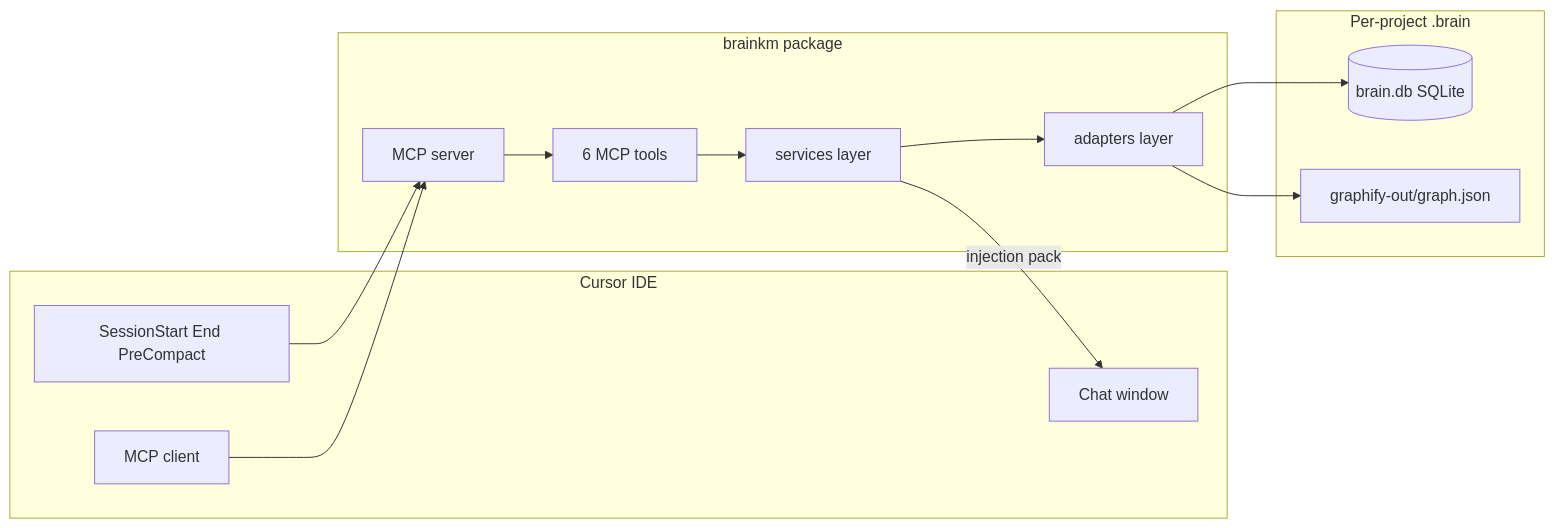
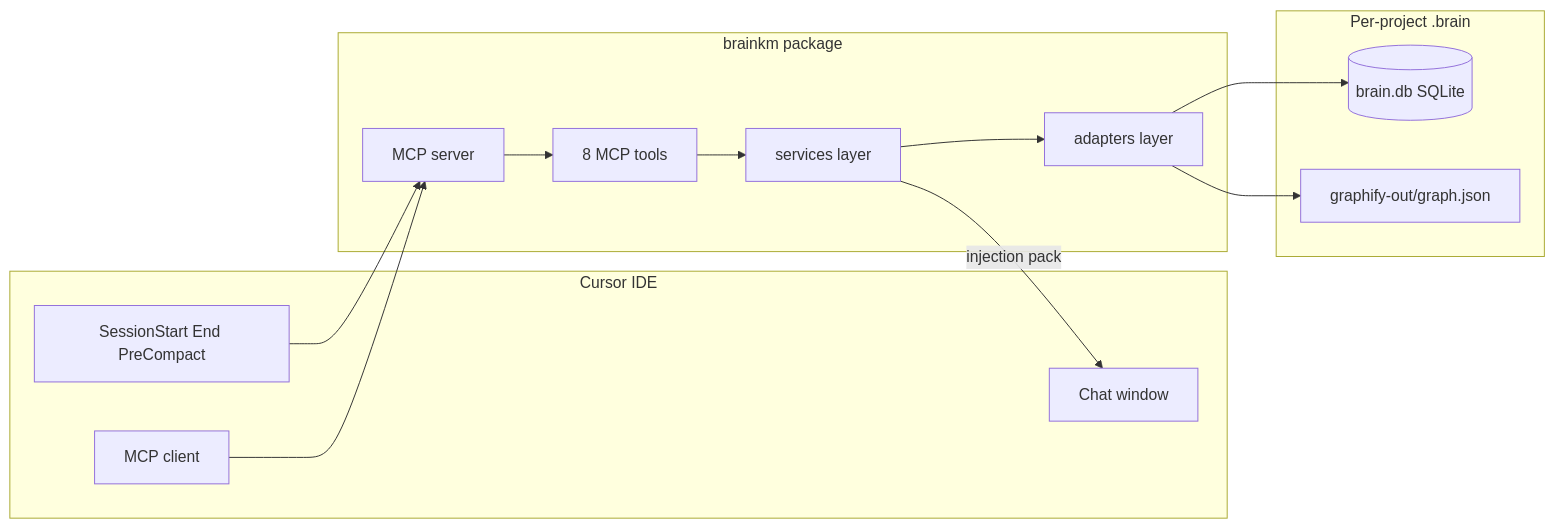
The first of 2 diagrams in docs/AI_PROJECT_BRIEF.md (noyal1234/MemNetwork), drawn with Mermaid before and after one commit. The commit also changed other lines of this file and 40 other files, not shown here.

````diff
--- a/docs/AI_PROJECT_BRIEF.md
+++ b/docs/AI_PROJECT_BRIEF.md
@@ -33,27 +33,27 @@
 ```mermaid
 flowchart LR
   subgraph cursor [Cursor IDE]
     Chat[Chat window]
     Hooks[SessionStart End PreCompact]
     MCP[MCP client]
   end
 
   subgraph brainkm_pkg [brainkm package]
     Server[MCP server]
-    Tools[6 MCP tools]
+    Tools[8 MCP tools]
     Services[services layer]
     Adapters[adapters layer]
   end
 
   subgraph storage [Per-project .brain]
     DB[(brain.db SQLite)]
     Graph[graphify-out/graph.json]
   end
 
   Hooks --> Server
   MCP --> Server
   Server --> Tools --> Services --> Adapters
   Adapters --> DB
   Adapters --> Graph
   Services -->|"injection pack"| Chat
 ```
````
